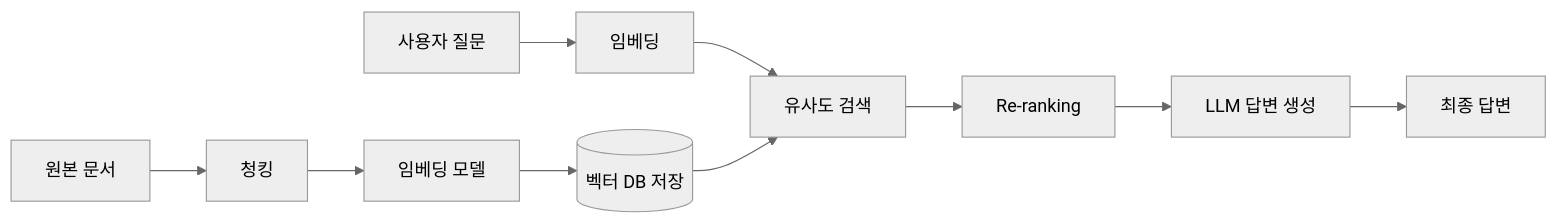
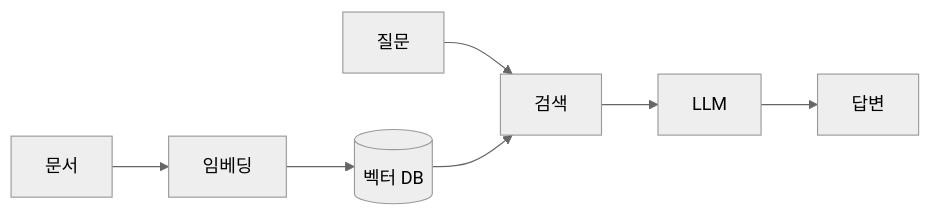
The first of 2 diagrams in _posts/ai/2026-05-03-rag-architecture.md (yjkim2015/yjkim2015.github.io), drawn with Mermaid (neutral theme) before and after one commit. The commit also changed other lines of this file and 163 other files, not shown here.

First line of the commit message:
Mermaid 300개 블록 내용 축소: 5노드 5엣지 이하, 의미 있는 약어

````diff
--- a/_posts/ai/2026-05-03-rag-architecture.md
+++ b/_posts/ai/2026-05-03-rag-architecture.md
@@ -50,12 +50,9 @@
 ```mermaid
 graph LR
-    DOC["원본 문서"] --> CHUNK["청킹"]
-    CHUNK --> EMBED["임베딩 모델"]
-    EMBED --> VDB[("벡터 DB 저장")]
-    QUERY["사용자 질문"] --> EMBED2["임베딩"]
-    EMBED2 --> SEARCH["유사도 검색"]
+    DOC["문서"] --> EMBED["임베딩"]
+    EMBED --> VDB[("벡터 DB")]
+    QUERY["질문"] --> SEARCH["검색"]
     VDB --> SEARCH
-    SEARCH --> RERANK["Re-ranking"]
-    RERANK --> LLM["LLM 답변 생성"]
-    LLM --> ANS["최종 답변"]
+    SEARCH --> LLM["LLM"]
+    LLM --> ANS["답변"]
 ```
````
